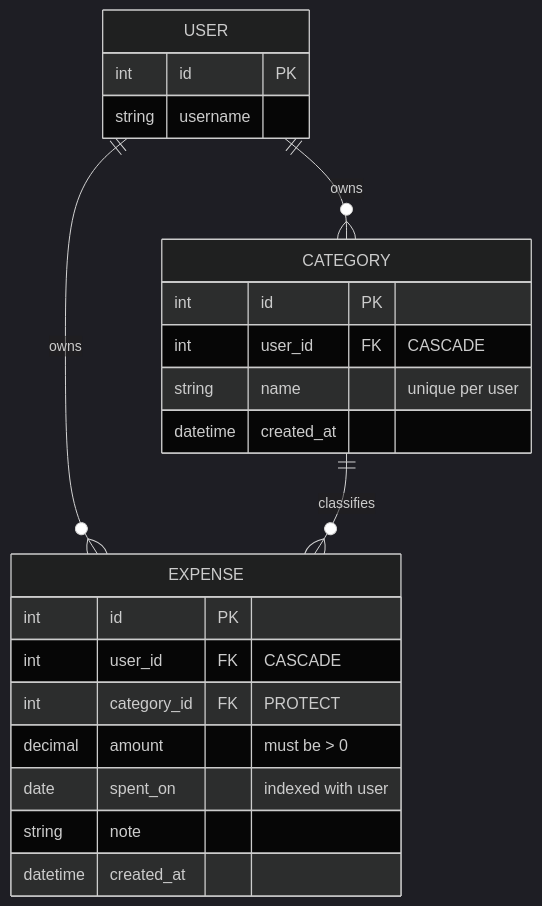
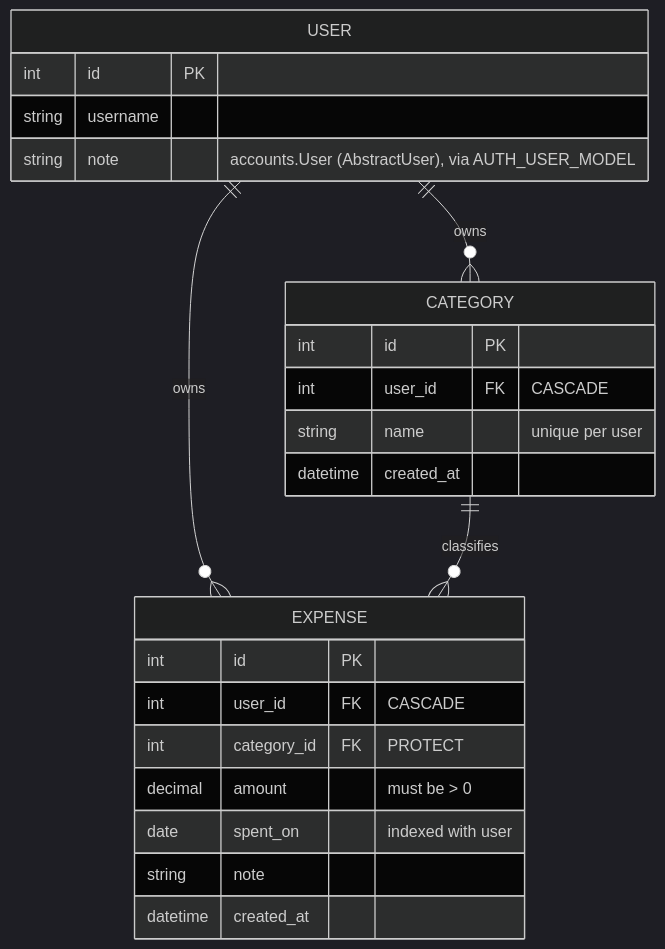
One commit to Vatsal-Kanojiya/expense_management changed the diagram in docs/BUILD_LOG.md. Above: the diagram before and after it, drawn with Mermaid (dark theme). The commit also changed other lines of this file, not shown here.

````diff
--- a/docs/BUILD_LOG.md
+++ b/docs/BUILD_LOG.md
@@ -24,26 +25,27 @@
 ```mermaid
 erDiagram
     USER ||--o{ CATEGORY : "owns"
     USER ||--o{ EXPENSE  : "owns"
     CATEGORY ||--o{ EXPENSE : "classifies"
 
     USER {
         int id PK
         string username
+        string note "accounts.User (AbstractUser), via AUTH_USER_MODEL"
     }
     CATEGORY {
         int id PK
         int user_id FK "CASCADE"
         string name "unique per user"
         datetime created_at
     }
     EXPENSE {
         int id PK
         int user_id FK "CASCADE"
         int category_id FK "PROTECT"
         decimal amount "must be > 0"
         date spent_on "indexed with user"
         string note
         datetime created_at
     }
 ```
````
